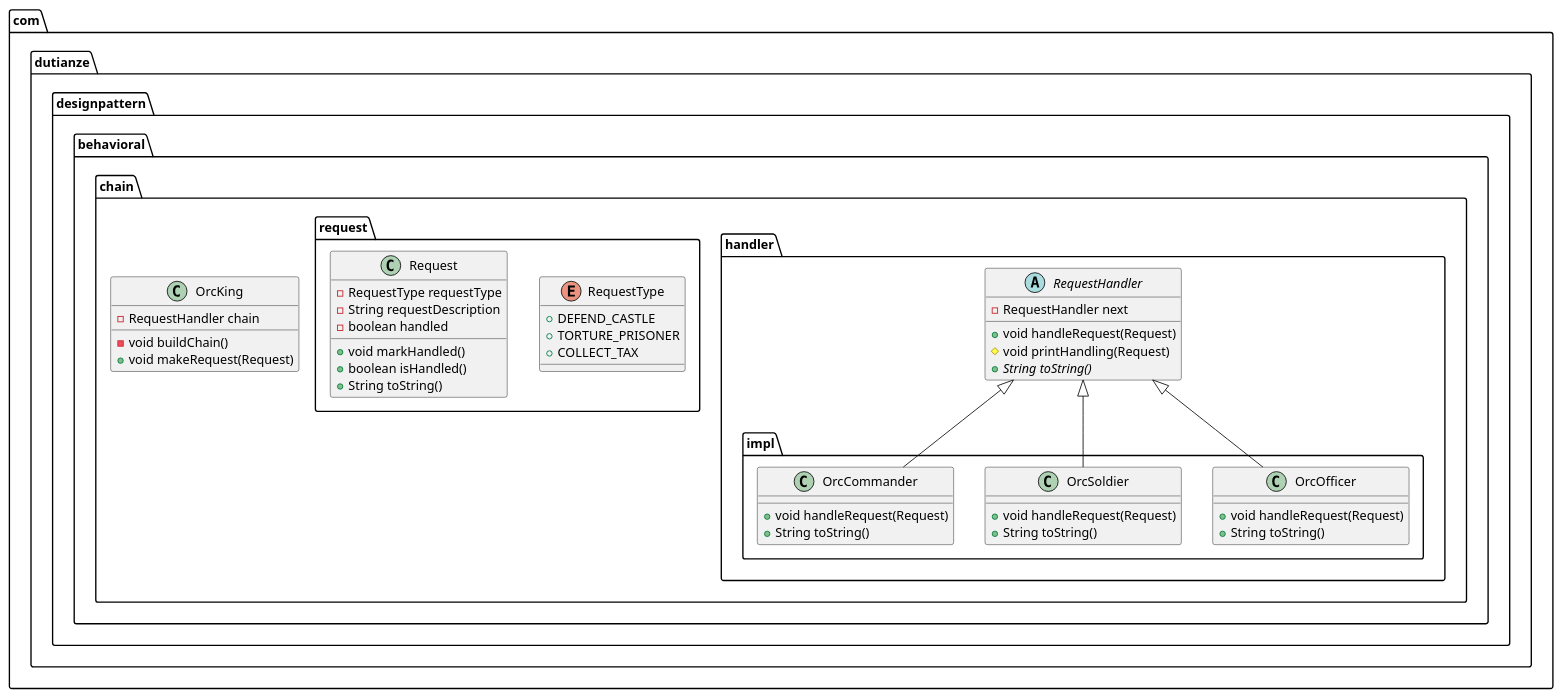
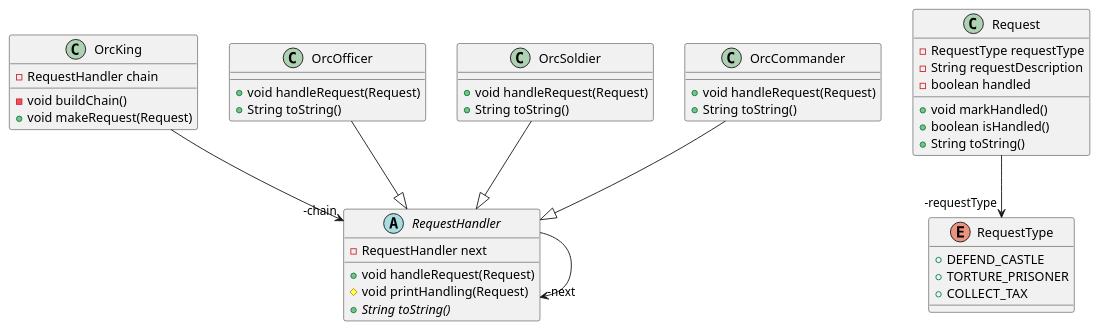
Before and after one commit to duTianze/my-java: the diagram in design/design-pattern/src/main/java/com/dutianze/designpattern/behavioral/chain/chain.puml, drawn with PlantUML.

```diff
--- a/design/design-pattern/src/main/java/com/dutianze/designpattern/behavioral/chain/chain.puml
+++ b/design/design-pattern/src/main/java/com/dutianze/designpattern/behavioral/chain/chain.puml
@@ -1,43 +1,46 @@
 @startuml
-class com.dutianze.designpattern.behavioral.chain.OrcKing {
+class OrcKing {
 - RequestHandler chain
 - void buildChain()
 + void makeRequest(Request)
 }
-abstract class com.dutianze.designpattern.behavioral.chain.handler.RequestHandler {
+abstract class RequestHandler {
 - RequestHandler next
 + void handleRequest(Request)
 # void printHandling(Request)
 + {abstract}String toString()
 }
-class com.dutianze.designpattern.behavioral.chain.handler.impl.OrcOfficer {
+class OrcOfficer {
 + void handleRequest(Request)
 + String toString()
 }
-class com.dutianze.designpattern.behavioral.chain.handler.impl.OrcSoldier {
+class OrcSoldier {
 + void handleRequest(Request)
 + String toString()
 }
-class com.dutianze.designpattern.behavioral.chain.handler.impl.OrcCommander {
+class OrcCommander {
 + void handleRequest(Request)
 + String toString()
 }
-enum com.dutianze.designpattern.behavioral.chain.request.RequestType {
+enum RequestType {
 +  DEFEND_CASTLE
 +  TORTURE_PRISONER
 +  COLLECT_TAX
 }
-class com.dutianze.designpattern.behavioral.chain.request.Request {
+class Request {
 - RequestType requestType
 - String requestDescription
 - boolean handled
 + void markHandled()
 + boolean isHandled()
 + String toString()
 }
 
 
-com.dutianze.designpattern.behavioral.chain.handler.RequestHandler <|-- com.dutianze.designpattern.behavioral.chain.handler.impl.OrcOfficer
-com.dutianze.designpattern.behavioral.chain.handler.RequestHandler <|-- com.dutianze.designpattern.behavioral.chain.handler.impl.OrcSoldier
-com.dutianze.designpattern.behavioral.chain.handler.RequestHandler <|-- com.dutianze.designpattern.behavioral.chain.handler.impl.OrcCommander
+OrcKing -->  "-chain" RequestHandler
+RequestHandler -->  "-next" RequestHandler
+Request -->  "-requestType" RequestType
+OrcCommander --|> RequestHandler
+OrcOfficer --|> RequestHandler
+OrcSoldier --|> RequestHandler
 @enduml
```
